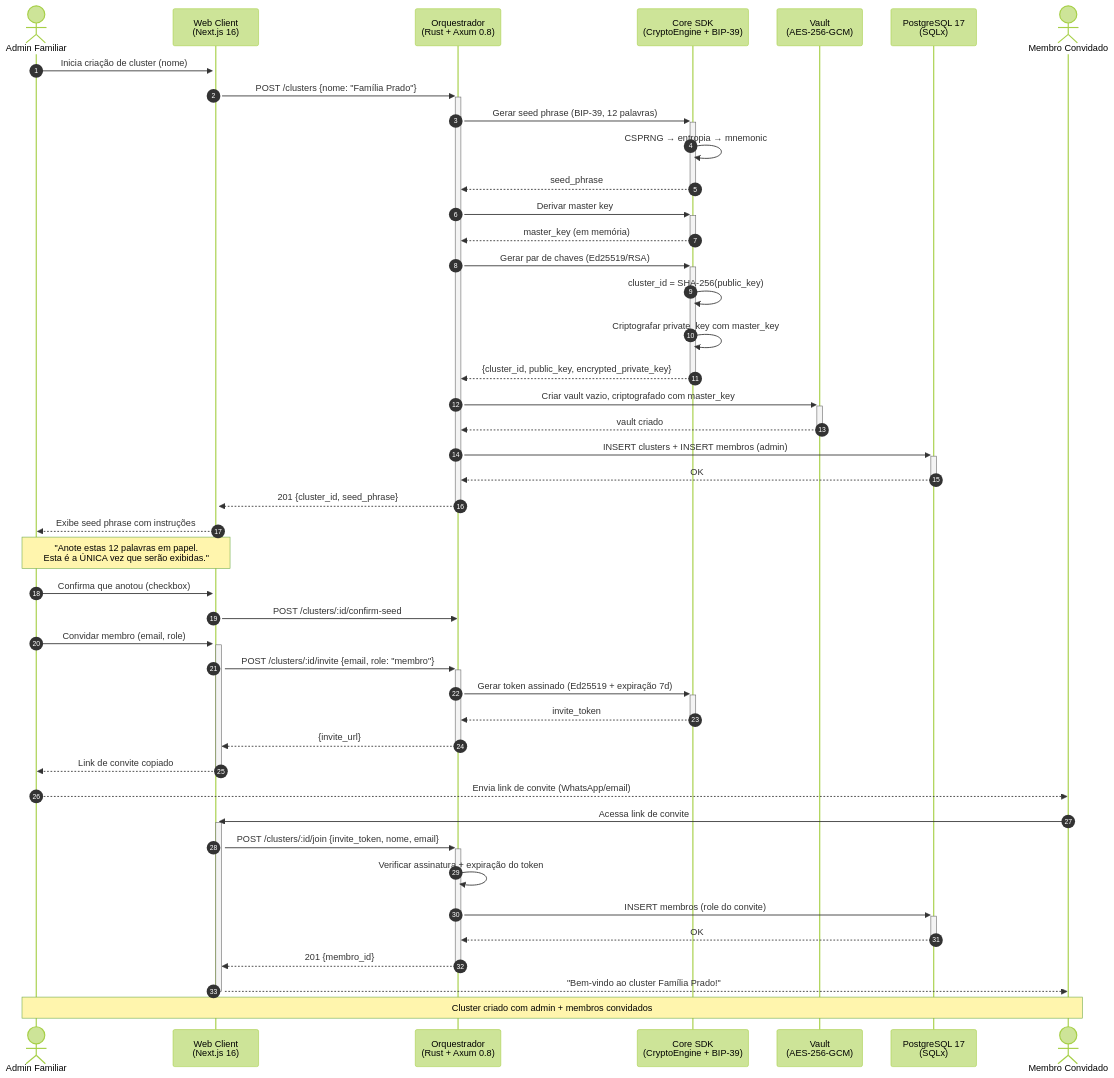
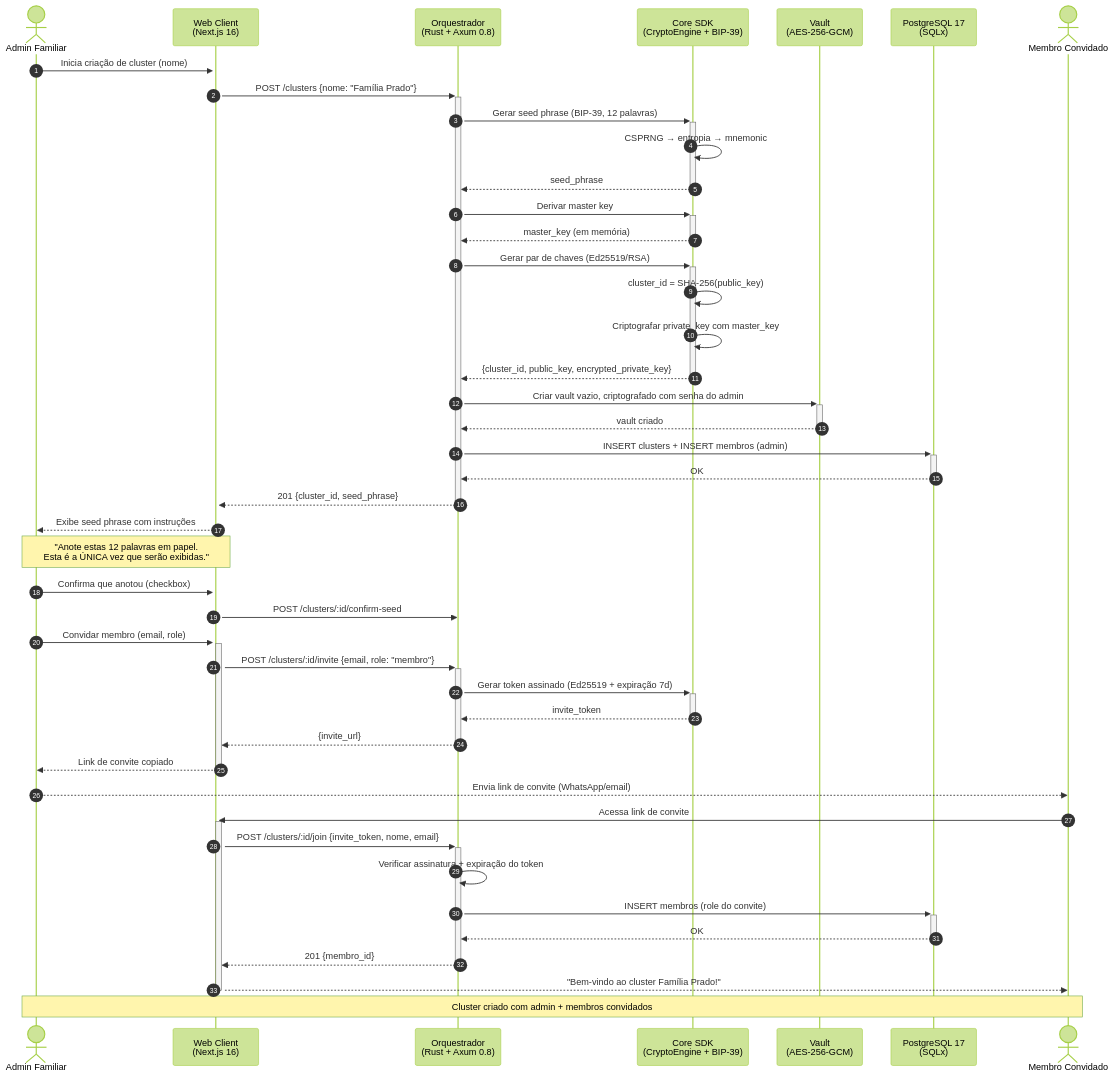
One commit to DouglasPrado/alexandria changed the diagram in docs/diagrams/sequences/cluster-onboarding.mmd. Above: the diagram before and after it, drawn with Mermaid (forest theme). The commit also changed 20 other files, not shown here.

Commit message:
patch: vault desbloqueado com senha do usuario

```diff
--- a/docs/diagrams/sequences/cluster-onboarding.mmd
+++ b/docs/diagrams/sequences/cluster-onboarding.mmd
@@ -1,66 +1,66 @@
 %% Fluxo: Criação de Cluster e Onboarding
 %% Referência: docs/blueprint/07-critical_flows.md
 
 sequenceDiagram
     autonumber
 
     actor Admin as Admin Familiar
     participant Web as Web Client<br/>(Next.js 16)
     participant API as Orquestrador<br/>(Rust + Axum 0.8)
     participant SDK as Core SDK<br/>(CryptoEngine + BIP-39)
     participant Vault as Vault<br/>(AES-256-GCM)
     participant DB as PostgreSQL 17<br/>(SQLx)
     actor Membro as Membro Convidado
 
     %% Criação do cluster
     Admin ->>+ Web: Inicia criação de cluster (nome)
     Web ->>+ API: POST /clusters {nome: "Família Prado"}
 
     API ->>+ SDK: Gerar seed phrase (BIP-39, 12 palavras)
     SDK ->> SDK: CSPRNG → entropia → mnemonic
     SDK -->>- API: seed_phrase
 
     API ->>+ SDK: Derivar master key
     SDK -->>- API: master_key (em memória)
 
     API ->>+ SDK: Gerar par de chaves (Ed25519/RSA)
     SDK ->> SDK: cluster_id = SHA-256(public_key)
     SDK ->> SDK: Criptografar private_key com master_key
     SDK -->>- API: {cluster_id, public_key, encrypted_private_key}
 
-    API ->>+ Vault: Criar vault vazio, criptografado com master_key
+    API ->>+ Vault: Criar vault vazio, criptografado com senha do admin
     Vault -->>- API: vault criado
 
     API ->>+ DB: INSERT clusters + INSERT membros (admin)
     DB -->>- API: OK
 
     API -->>- Web: 201 {cluster_id, seed_phrase}
     Web -->> Admin: Exibe seed phrase com instruções
 
     Note over Admin, Web: "Anote estas 12 palavras em papel.<br/>Esta é a ÚNICA vez que serão exibidas."
 
     Admin ->> Web: Confirma que anotou (checkbox)
     Web ->> API: POST /clusters/:id/confirm-seed
 
     %% Convite de membros
     Admin ->>+ Web: Convidar membro (email, role)
     Web ->>+ API: POST /clusters/:id/invite {email, role: "membro"}
 
     API ->>+ SDK: Gerar token assinado (Ed25519 + expiração 7d)
     SDK -->>- API: invite_token
 
     API -->>- Web: {invite_url}
     Web -->>- Admin: Link de convite copiado
 
     Admin -->> Membro: Envia link de convite (WhatsApp/email)
 
     %% Aceite
     Membro ->>+ Web: Acessa link de convite
     Web ->>+ API: POST /clusters/:id/join {invite_token, nome, email}
     API ->> API: Verificar assinatura + expiração do token
     API ->>+ DB: INSERT membros (role do convite)
     DB -->>- API: OK
     API -->>- Web: 201 {membro_id}
     Web -->>- Membro: "Bem-vindo ao cluster Família Prado!"
 
     Note over Admin, Membro: Cluster criado com admin + membros convidados
```
